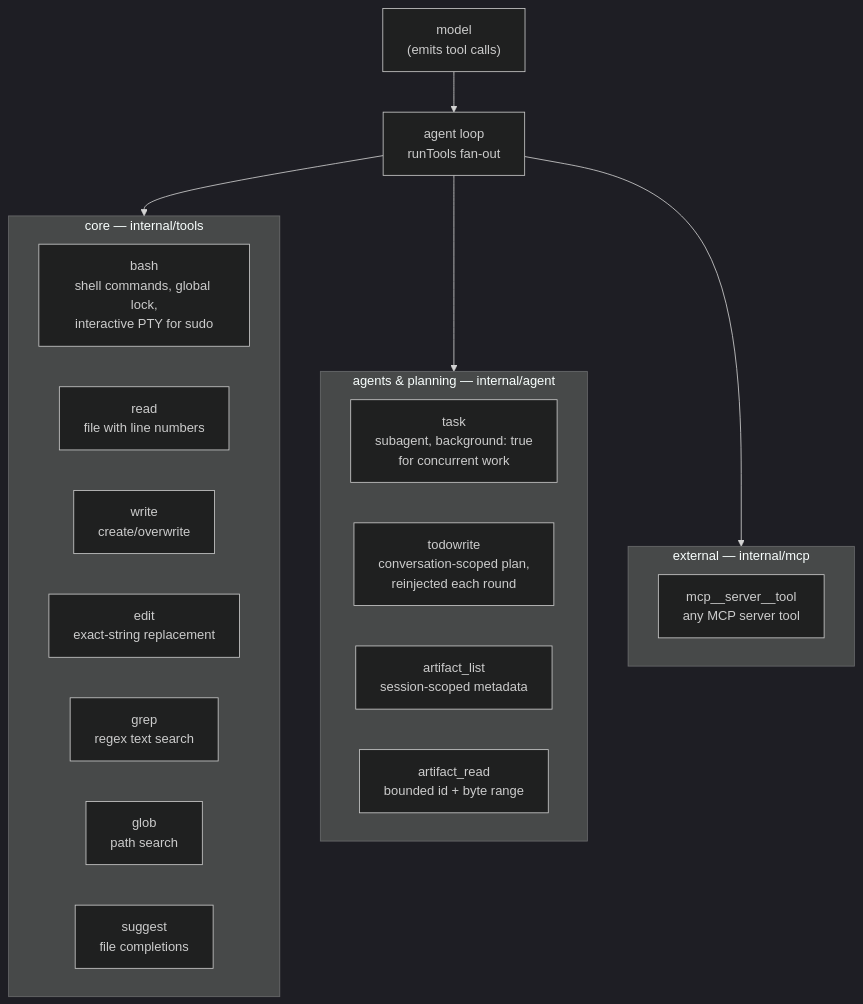
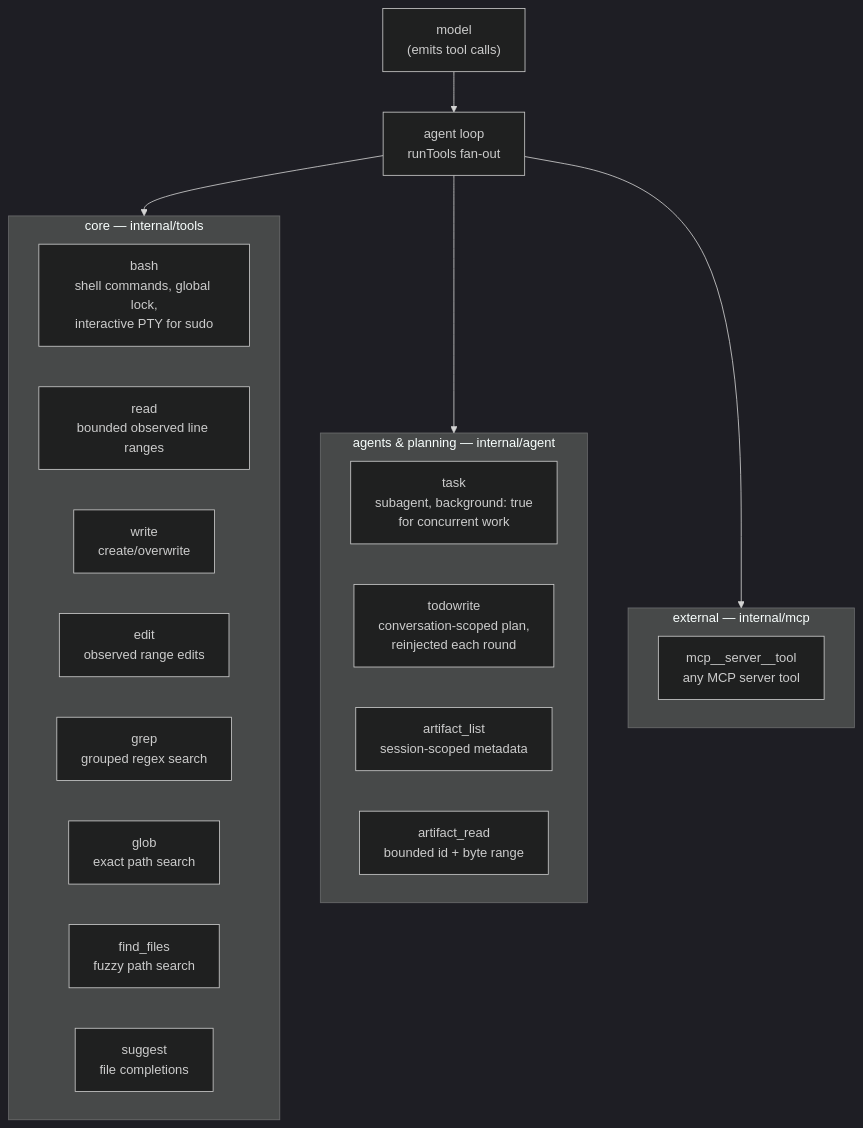
Before and after one commit to sacca97/ghg: the diagram in docs/tools.md, drawn with Mermaid (dark theme). The commit also changed other lines of this file and 56 other files, not shown here.

````diff
--- a/docs/tools.md
+++ b/docs/tools.md
@@ -10,27 +10,28 @@
 ```mermaid
 flowchart TB
     MODEL["model<br/>(emits tool calls)"] --> LOOP["agent loop<br/>runTools fan-out"]
 
     subgraph core["core — internal/tools"]
         BASH["bash<br/>shell commands, global lock,<br/>interactive PTY for sudo"]
-        READ["read<br/>file with line numbers"]
+        READ["read<br/>bounded observed line ranges"]
         WRITE["write<br/>create/overwrite"]
-        EDIT["edit<br/>exact-string replacement"]
-        GREP["grep<br/>regex text search"]
-        GLOB["glob<br/>path search"]
+        EDIT["edit<br/>observed range edits"]
+        GREP["grep<br/>grouped regex search"]
+        GLOB["glob<br/>exact path search"]
+        FIND["find_files<br/>fuzzy path search"]
         SUGGEST["suggest<br/>file completions"]
     end
 
     subgraph agents["agents & planning — internal/agent"]
         TASK["task<br/>subagent, background: true<br/>for concurrent work"]
         TODO["todowrite<br/>conversation-scoped plan,<br/>reinjected each round"]
         ALIST["artifact_list<br/>session-scoped metadata"]
         AREAD["artifact_read<br/>bounded id + byte range"]
     end
 
     subgraph ext["external — internal/mcp"]
         MCPT["mcp__server__tool<br/>any MCP server tool"]
     end
 
     LOOP --> core & agents & ext
 ```
````
